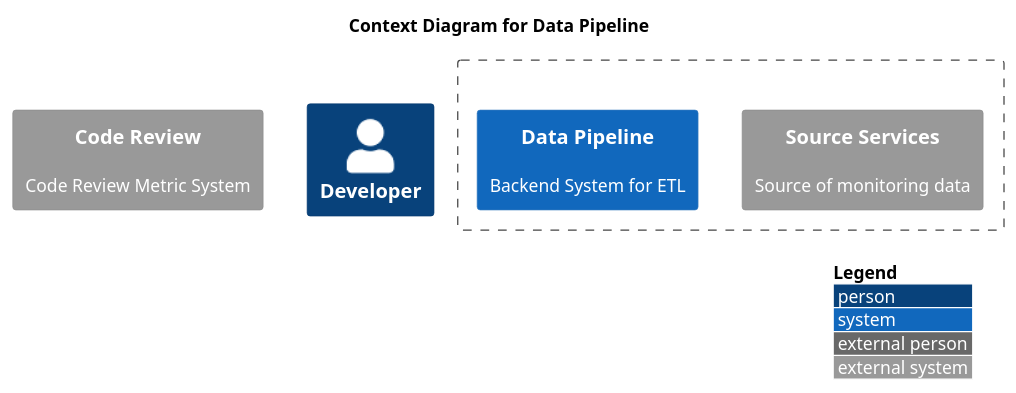
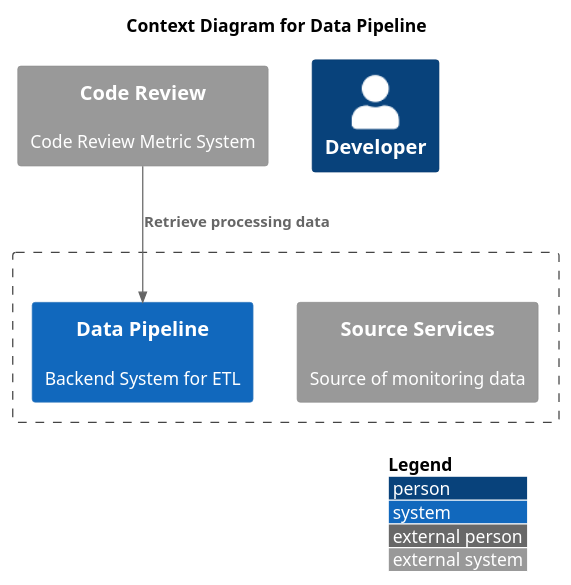
Before and after one commit to yanghoon/obsidian-workspace: the diagram in _diary/2024-06-19.md, drawn with PlantUML.

Commit message:
vault backup: 2024-06-19 22:26:24

````diff
--- a/_diary/2024-06-19.md
+++ b/_diary/2024-06-19.md
@@ -3,16 +3,16 @@
 ```plantuml
 !include <C4/C4_Context.puml>
 
 LAYOUT_WITH_LEGEND()
 
 title Context Diagram for Data Pipeline
 
 System_Ext(review, "Code Review", "Code Review Metric System")
 Boundary(system, "") {
 	System_Ext(service, "Source Services", "Source of monitoring data")
 	System(app, "Data Pipeline", "Backend System for ETL")
 }
 Person(developer, "Developer", "")
 
-
+Rel(review, app, "Retrieve processing data")
 ```
````
